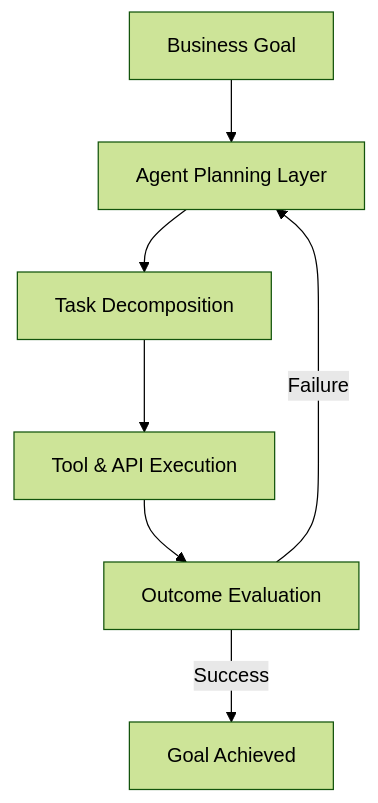
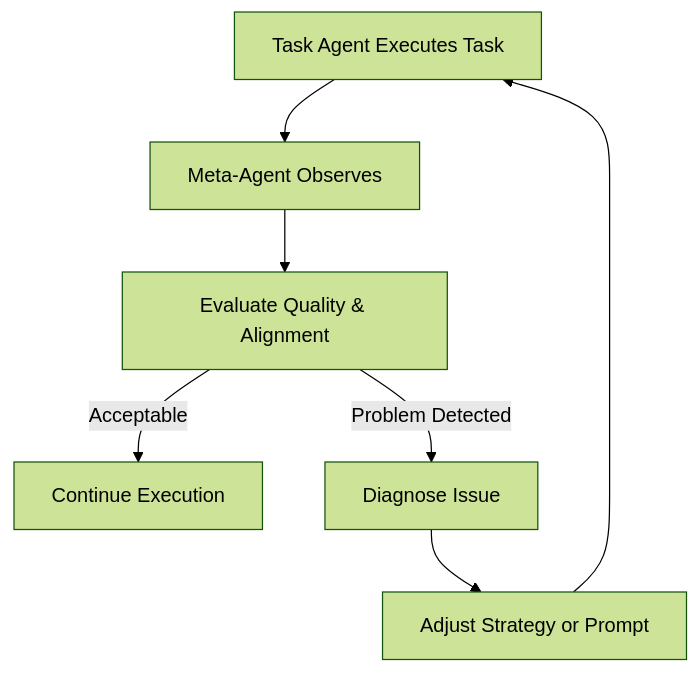
The first of 5 diagrams in docusaurus/docs/part-4/chapter-13.md (m-rizqinovniari/agentic-handbook), drawn with Mermaid (forest theme) before and after one commit. The commit also changed other lines of this file and 19 other files, not shown here.

````diff
--- a/docusaurus/docs/part-4/chapter-13.md
+++ b/docusaurus/docs/part-4/chapter-13.md
@@ -55,9 +69,9 @@
 ```mermaid
 flowchart TD
-    A[Business Goal] --> B[Agent Planning Layer]
-    B --> C[Task Decomposition]
-    C --> D[Tool & API Execution]
-    D --> E[Outcome Evaluation]
-    E -->|Success| F[Goal Achieved]
-    E -->|Failure| B
+    A[Task Agent Executes Task] --> B[Meta-Agent Observes]
+    B --> C[Evaluate Quality & Alignment]
+    C -->|Acceptable| D[Continue Execution]
+    C -->|Problem Detected| E[Diagnose Issue]
+    E --> F[Adjust Strategy or Prompt]
+    F --> A
 ```
````
